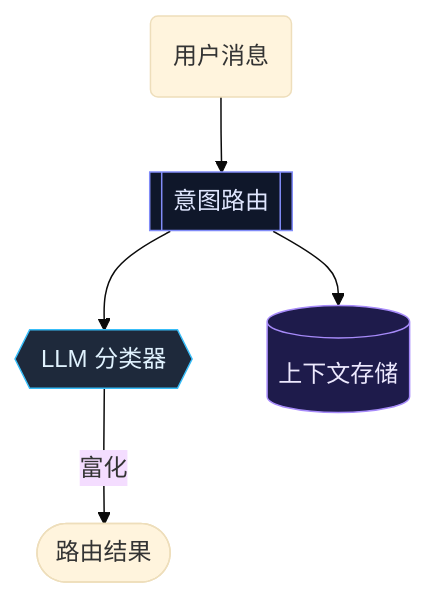
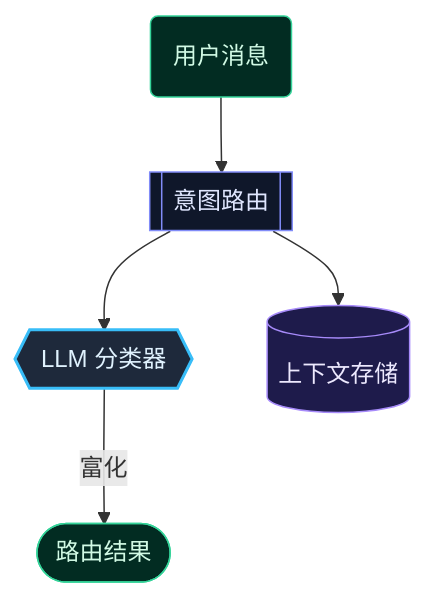
One commit to huiliyi37/Tianshu-Tui changed the first of 7 diagrams in docs/superpowers/plans/2026-06-07-mermaid-diagram-template-library.md. Above: the diagram before and after it, drawn with Mermaid. The commit also changed other lines of this file and 2 other files, not shown here.

First line of the commit message:
feat(plan): inject 3-layer mermaid vocab into plan_submit (line closed)

````diff
--- a/docs/superpowers/plans/2026-06-07-mermaid-diagram-template-library.md
+++ b/docs/superpowers/plans/2026-06-07-mermaid-diagram-template-library.md
@@ -60,15 +65,16 @@
 ```mermaid
-%%{init: {'theme':'base', 'themeVariables': {'fontFamily':'monospace'}}}%%
 flowchart TD
     U(用户消息) --> R[[意图路由]]
     R --> LLM{{LLM 分类器}}
     R --> DB[(上下文存储)]
     LLM --富化--> OUT([路由结果])
 
-    classDef model fill:#1e293b,stroke:#38bdf8,color:#e0f2fe
+    classDef model fill:#1e293b,stroke:#38bdf8,color:#e0f2fe,stroke-width:2px
     classDef agent fill:#0f172a,stroke:#818cf8,color:#e0e7ff
     classDef store fill:#1e1b4b,stroke:#a78bfa,color:#ede9fe
+    classDef io fill:#022c22,stroke:#34d399,color:#d1fae5
     class LLM model
     class R agent
     class DB store
+    class U,OUT io
 ```
````
